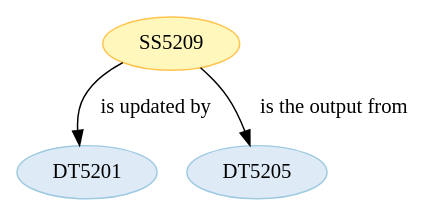
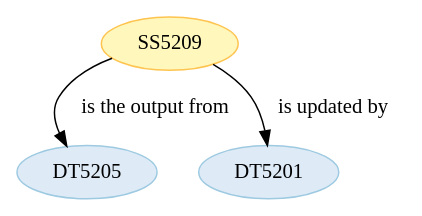
The diagram in wf5201/ST520109.dot (Marco-Salvi/cwl-test), drawn with Graphviz before and after one commit. The commit also changed other lines of this file and 19 other files, not shown here.

```diff
--- a/wf5201/ST520109.dot
+++ b/wf5201/ST520109.dot
@@ -1,14 +1,14 @@
 strict digraph {
 
 
 	"SS5209" [ color="2", colorscheme="ylorbr3", fillcolor="1", style="filled",  weight=0 ];
 
+	"SS5209" -> "DT5205" [ label="is the output from", labeltooltip="DT5205 - is the output from - SS5209",  weight=0 ];
+
 	"SS5209" -> "DT5201" [ label="is updated by", labeltooltip="DT5201 - is updated by - SS5209",  weight=0 ];
-
-	"SS5209" -> "DT5205" [ label="is the output from", labeltooltip="DT5205 - is the output from - SS5209",  weight=0 ];
 
 	"DT5201" [ color="2", colorscheme="blues3", fillcolor="1", style="filled",  weight=0 ];
 
 	"DT5205" [ color="2", colorscheme="blues3", fillcolor="1", style="filled",  weight=0 ];
 
 }
```
